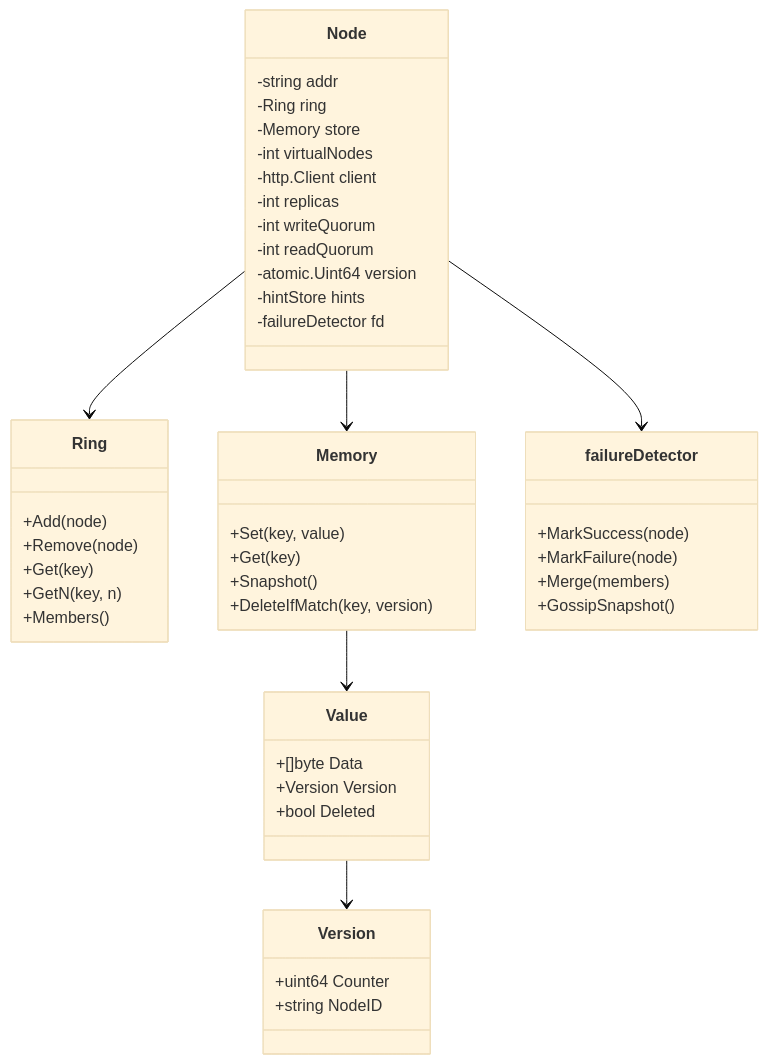
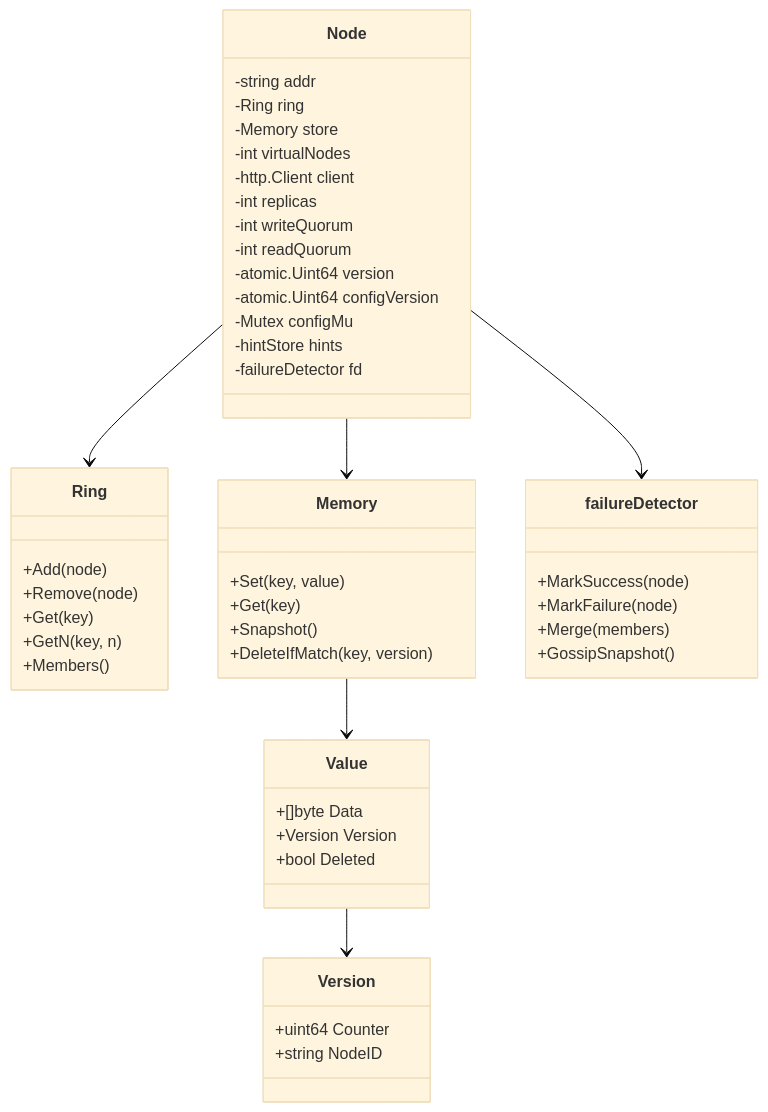
Before and after one commit to huanzichen00/minidist: the second of 7 diagrams in ARCHITECTURE.md, drawn with Mermaid (base theme). The commit also changed other lines of this file and 1 other file, not shown here.

````diff
--- a/ARCHITECTURE.md
+++ b/ARCHITECTURE.md
@@ -62,51 +64,53 @@
 ```mermaid
 classDiagram
     class Node {
       -string addr
       -Ring ring
       -Memory store
       -int virtualNodes
       -http.Client client
       -int replicas
       -int writeQuorum
       -int readQuorum
       -atomic.Uint64 version
+      -atomic.Uint64 configVersion
+      -Mutex configMu
       -hintStore hints
       -failureDetector fd
     }
 
     class Ring {
       +Add(node)
       +Remove(node)
       +Get(key)
       +GetN(key, n)
       +Members()
     }
     class Memory {
       +Set(key, value)
       +Get(key)
       +Snapshot()
       +DeleteIfMatch(key, version)
     }
     class Value {
       +[]byte Data
       +Version Version
       +bool Deleted
     }
     class Version {
       +uint64 Counter
       +string NodeID
     }
     class failureDetector {
       +MarkSuccess(node)
       +MarkFailure(node)
       +Merge(members)
       +GossipSnapshot()
     }
 
     Node --> Ring
     Node --> Memory
     Memory --> Value
     Value --> Version
     Node --> failureDetector
 ```
````
